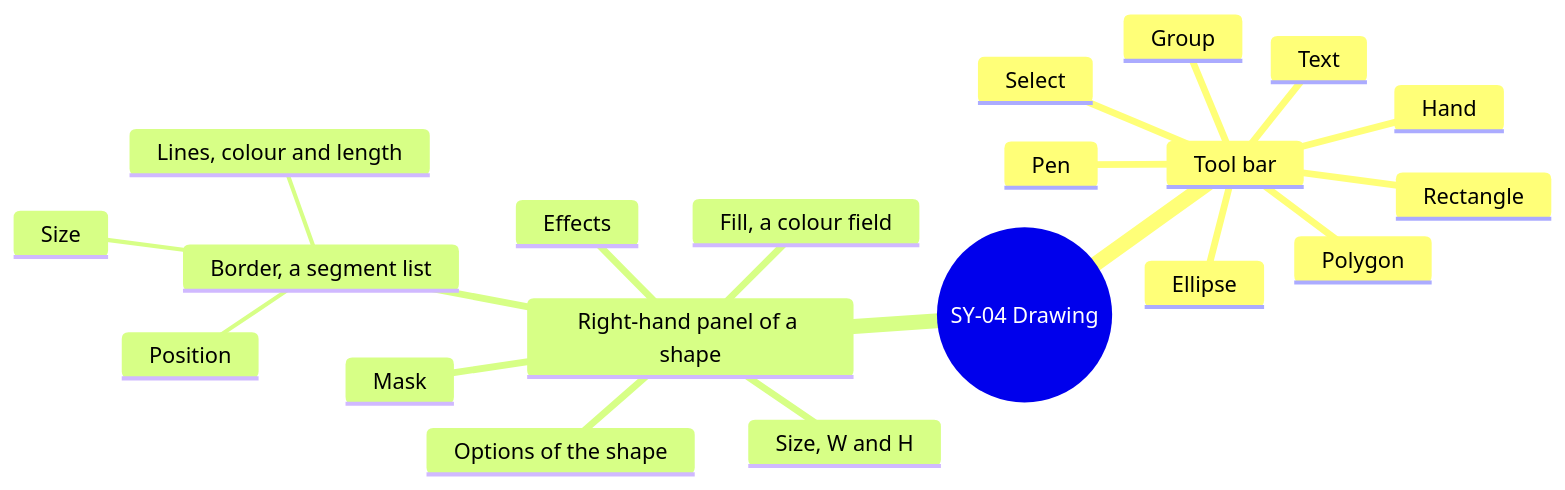
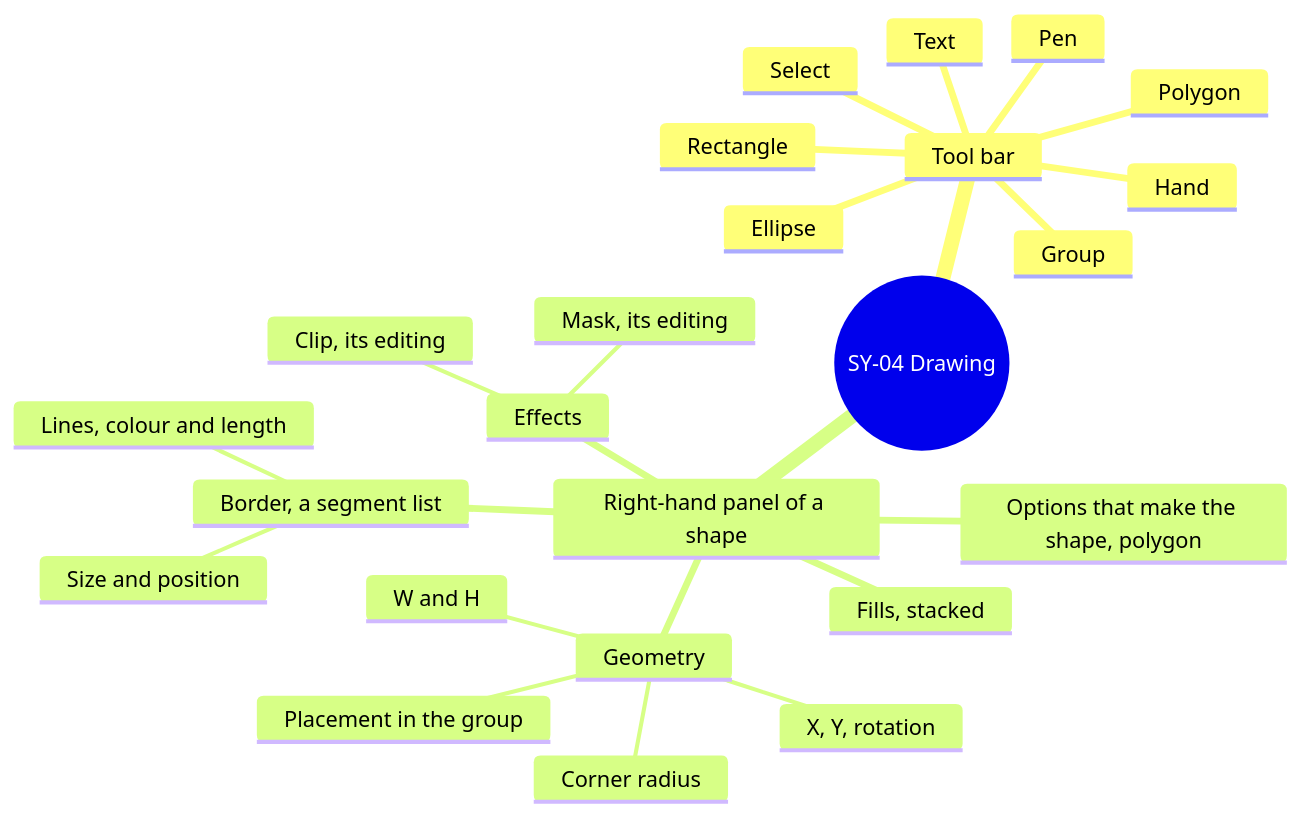
One commit to AlexandreGallais/synoptic-studio-spec changed the sixth of 14 diagrams in screens/symbols.md. Above: the diagram before and after it, drawn with Mermaid. The commit also changed other lines of this file and 18 other files, not shown here.

````diff
--- a/screens/symbols.md
+++ b/screens/symbols.md
@@ -179,23 +180,27 @@
 ```mermaid
 mindmap
   root((SY-04 Drawing))
     Tool bar
       Select
       Hand
       Group
       Rectangle
       Ellipse
       Polygon
       Pen
       Text
     Right-hand panel of a shape
-      Size, W and H
-      Fill, a colour field
+      Options that make the shape, polygon
+      Geometry
+        W and H
+        X, Y, rotation
+        Placement in the group
+        Corner radius
+      Fills, stacked
       Border, a segment list
         Lines, colour and length
-        Size
-        Position
+        Size and position
       Effects
-      Mask
-      Options of the shape
+        Clip, its editing
+        Mask, its editing
 ```
````
